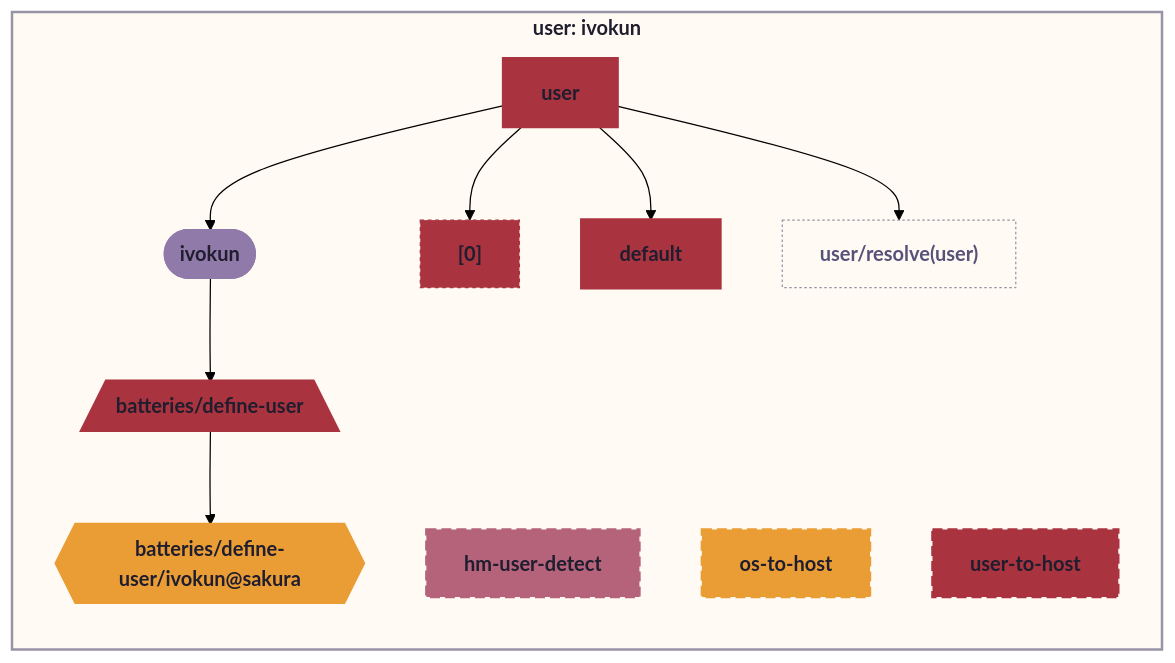
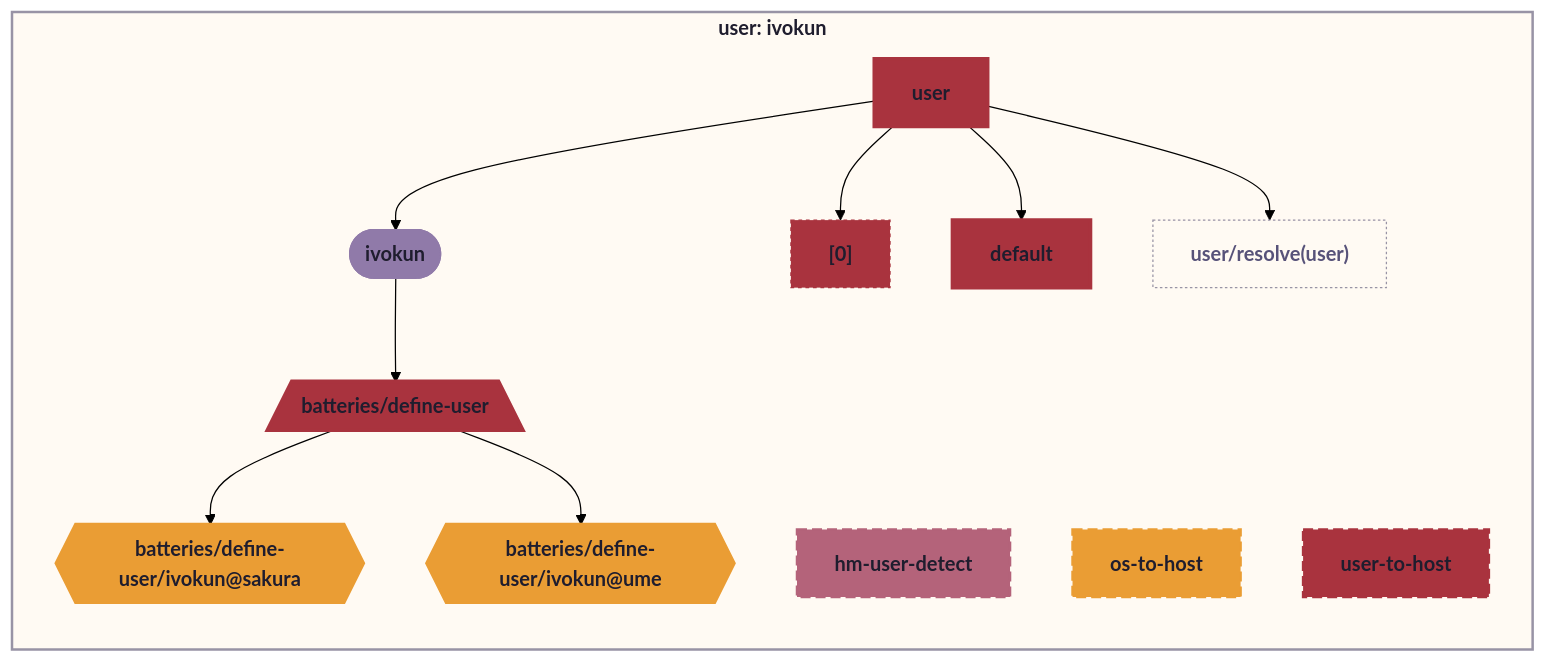
One commit to ivokun/kebun changed the fourth of 6 diagrams in README.md. Above: the diagram before and after it, drawn with Mermaid (forest theme). The commit also changed other lines of this file and 4 other files, not shown here.

````diff
--- a/README.md
+++ b/README.md
@@ -220,36 +381,39 @@
 ```mermaid
 graph LR
   ivokun([ivokun]):::root
 
   subgraph ctx_user_ivokun["user: ivokun"]
   _policy_hm_user_detect__0_["<policy:hm-user-detect>[0]"]:::c_policy_hm_user_detect__0__c
   n_default["default"]:::n_default_c
   den__batteries__define_user[/"batteries/define-user"\]:::den__batteries__define_user_c
   den__batteries__define_user__ivokun_sakura{{"batteries/define-user/ivokun@sakura"}}:::den__batteries__define_user__ivokun_sakura_c
+  den__batteries__define_user__ivokun_ume{{"batteries/define-user/ivokun@ume"}}:::den__batteries__define_user__ivokun_ume_c
   hm_user_detect["hm-user-detect"]:::hm_user_detect_c
   os_to_host["os-to-host"]:::os_to_host_c
   user["user"]:::user_c
   user_to_host["user-to-host"]:::user_to_host_c
   user__resolve_user_["user/resolve(user)"]:::user__resolve_user__c
   den__batteries__define_user --> den__batteries__define_user__ivokun_sakura
+  den__batteries__define_user --> den__batteries__define_user__ivokun_ume
   ivokun --> den__batteries__define_user
   user --> _policy_hm_user_detect__0_
   user --> n_default
   user --> ivokun
   user --> user__resolve_user_
   end
 
 
   classDef root fill:#907aa9,stroke:#907aa9,color:#1f1d2e,font-weight:bold
   classDef c_policy_hm_user_detect__0__c fill:#a9333e,stroke:#a9333e,color:#1f1d2e,stroke-dasharray: 3 3,stroke-width:1px
   classDef n_default_c fill:#a9333e,stroke:#a9333e,color:#1f1d2e,stroke-width:3px
   classDef den__batteries__define_user_c fill:#a9333e,stroke:#a9333e,color:#1f1d2e,stroke-width:3px
   classDef den__batteries__define_user__ivokun_sakura_c fill:#ea9d34,stroke:#ea9d34,color:#1f1d2e,stroke-width:2px
+  classDef den__batteries__define_user__ivokun_ume_c fill:#ea9d34,stroke:#ea9d34,color:#1f1d2e,stroke-width:2px
   classDef hm_user_detect_c fill:#b4637a,stroke:#b4637a,color:#1f1d2e,stroke-width:2px,stroke-dasharray: 8 4
   classDef ivokun_c fill:#a9333e,stroke:#a9333e,color:#1f1d2e,stroke-width:3px
   classDef os_to_host_c fill:#ea9d34,stroke:#ea9d34,color:#1f1d2e,stroke-width:2px,stroke-dasharray: 8 4
   classDef user_c fill:#a9333e,stroke:#a9333e,color:#1f1d2e,stroke-width:3px
   classDef user_to_host_c fill:#a9333e,stroke:#a9333e,color:#1f1d2e,stroke-width:2px,stroke-dasharray: 8 4
   classDef user__resolve_user__c fill:#fffaf3,stroke:#9893a5,color:#575279,stroke-dasharray: 2 2,stroke-width:1px
 style ctx_user_ivokun fill:#fffaf3,stroke:#9893a5,stroke-width:2px
 ```
````
